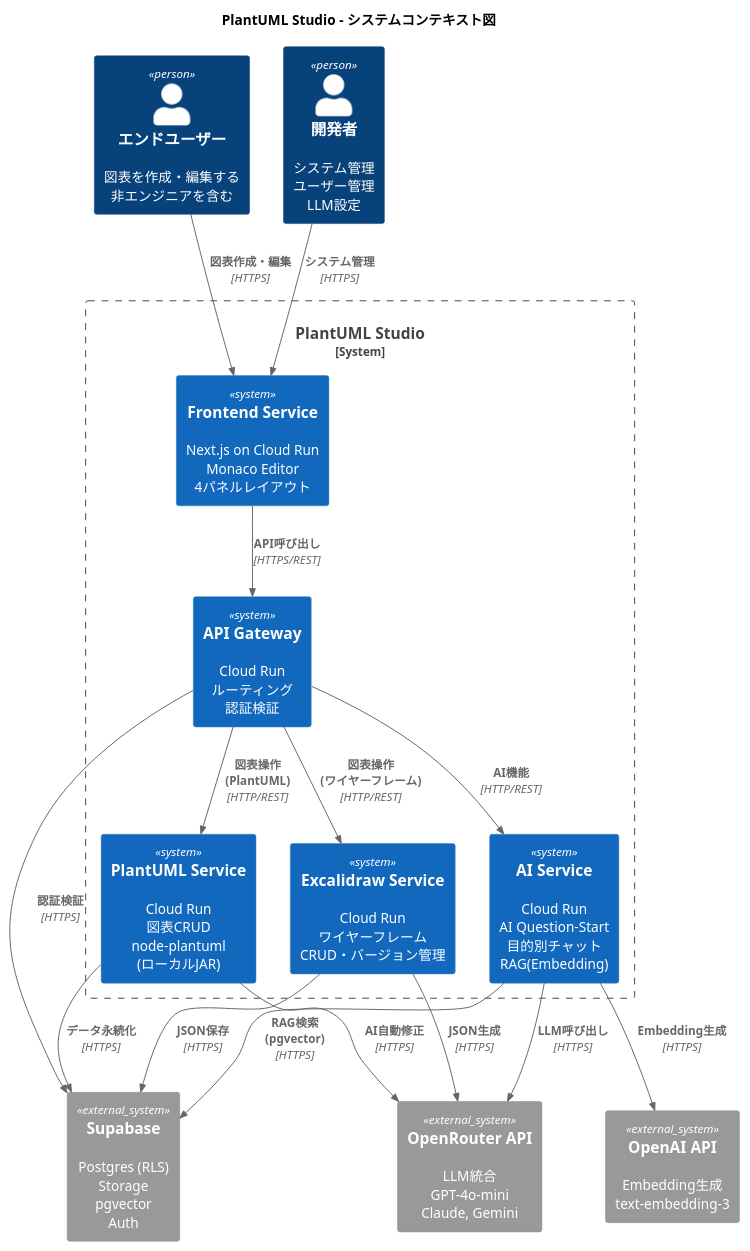
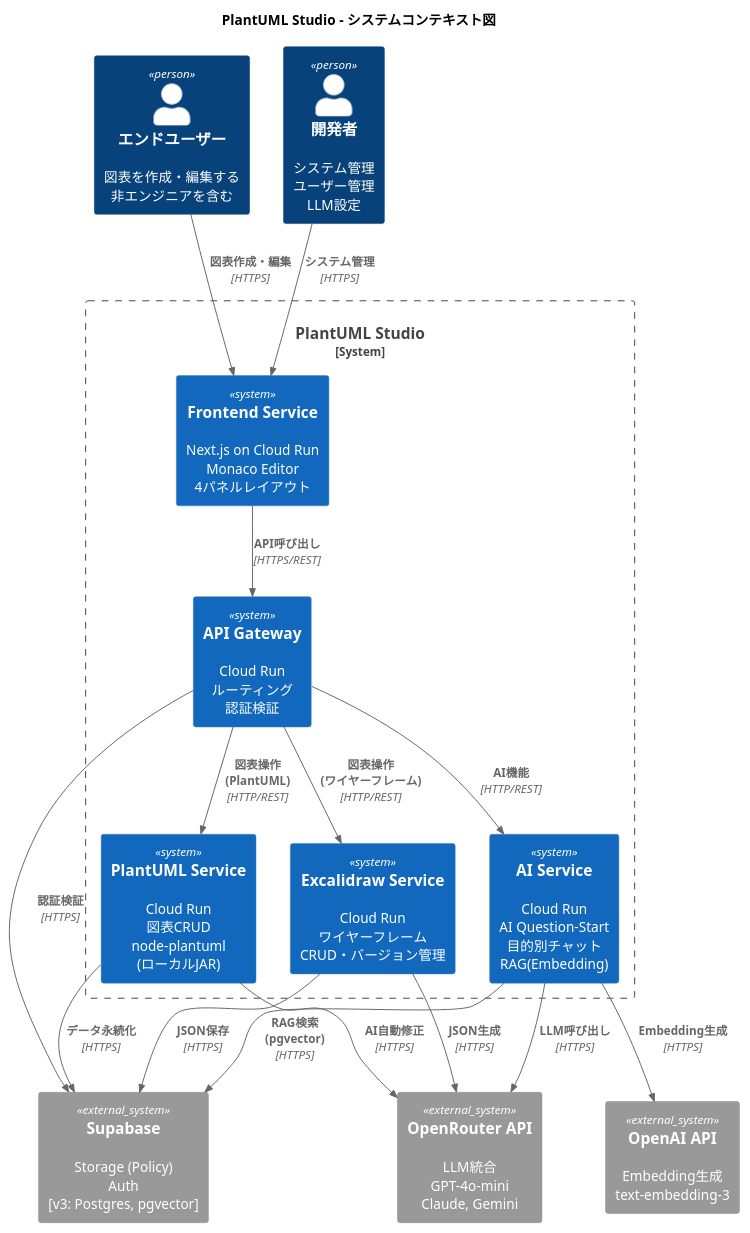
One commit to yoshiwo3/PlantUML2_Opus4.5 changed the diagram in docs/proposals/PlantUML_Studio_コンテキスト図_20251130.md. Above: the diagram before and after it, drawn with PlantUML. The commit also changed other lines of this file and 14 other files, not shown here.

```diff
--- a/docs/proposals/PlantUML_Studio_コンテキスト図_20251130.md
+++ b/docs/proposals/PlantUML_Studio_コンテキスト図_20251130.md
@@ -90,13 +90,14 @@
 '--------------------------------------------------
 ' 外部システム: Supabase
 ' - BaaS（Backend as a Service）
-' - Postgres: メタデータ、プロジェクト、用語集
-' - Storage: PlantUMLファイル、画像
-' - pgvector: RAG用ベクトル検索
+' - MVP: Storage + Auth のみ（DBテーブルなし）
+' - v3: Postgres追加（メタデータ、検索インデックス）
+' - Storage: 図表ファイル、プレビュー画像
+' - pgvector: RAG用ベクトル検索（v3）
 ' - Auth: 認証・認可（OAuth対応）
-' - RLS: Row Level Security
+' - Storage Policy: 所有権制御
 '--------------------------------------------------
-System_Ext(supabase, "Supabase", "Postgres (RLS)\nStorage\npgvector\nAuth")
+System_Ext(supabase, "Supabase", "Storage (Policy)\nAuth\n[v3: Postgres, pgvector]")
 
 '--------------------------------------------------
 ' 外部システム: OpenRouter API
```
